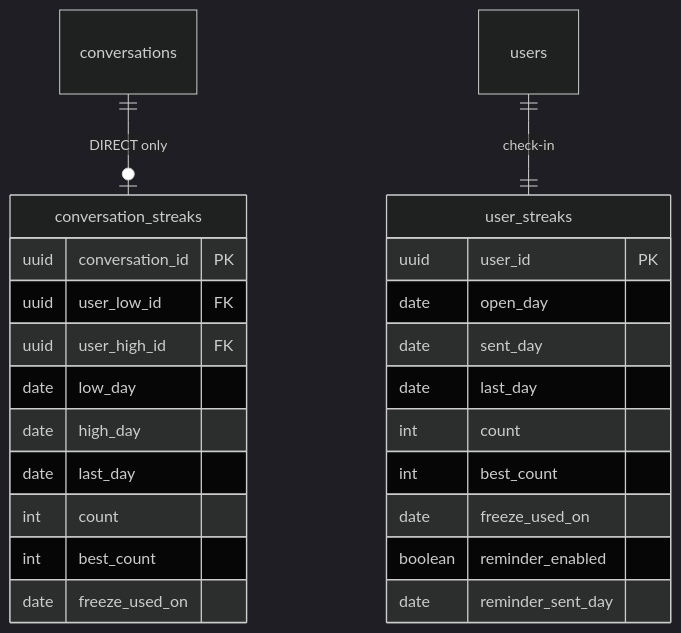
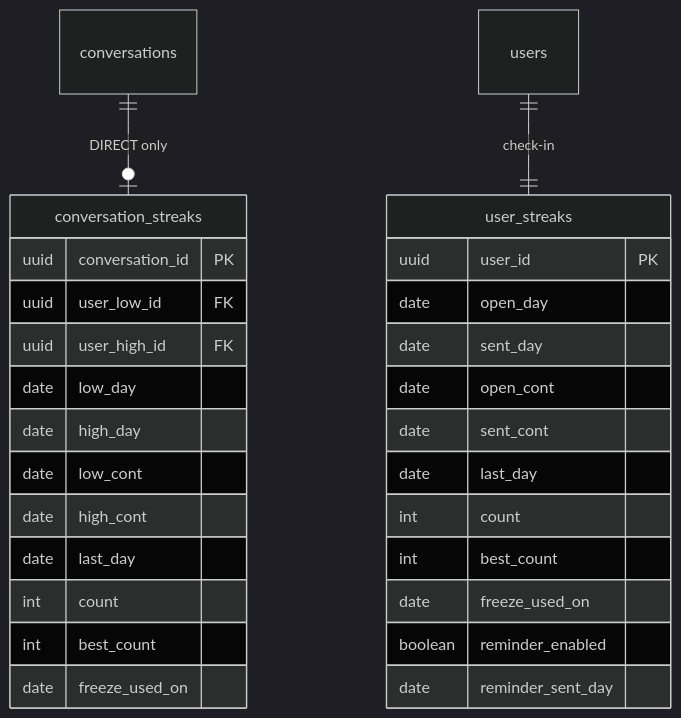
One commit to JasonTM17/Nexachat_AppJ changed the first of 2 diagrams in docs/architecture/streaks.md. Above: the diagram before and after it, drawn with Mermaid (dark theme). The commit also changed other lines of this file and 6 other files, not shown here.

````diff
--- a/docs/architecture/streaks.md
+++ b/docs/architecture/streaks.md
@@ -11,29 +11,33 @@
 ```mermaid
 erDiagram
     conversations ||--o| conversation_streaks : "DIRECT only"
     users ||--|| user_streaks : "check-in"
 
     conversation_streaks {
         uuid conversation_id PK
         uuid user_low_id FK
         uuid user_high_id FK
         date low_day
         date high_day
+        date low_cont
+        date high_cont
         date last_day
         int count
         int best_count
         date freeze_used_on
     }
 
     user_streaks {
         uuid user_id PK
         date open_day
         date sent_day
+        date open_cont
+        date sent_cont
         date last_day
         int count
         int best_count
         date freeze_used_on
         boolean reminder_enabled
         date reminder_sent_day
     }
 ```
````
